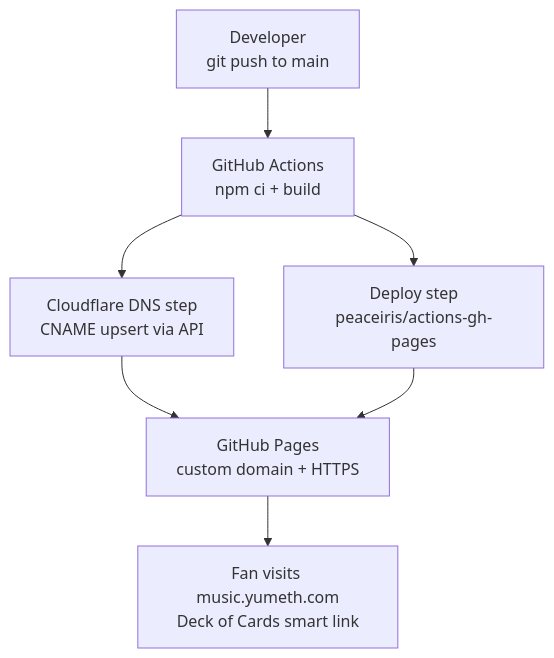
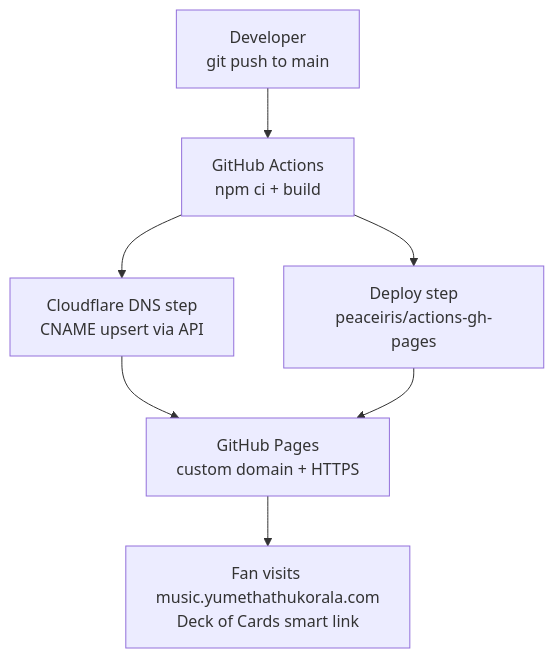
Before and after one commit to venura9/deck-of-cards-gh-pages: the first of 2 diagrams in docs/diagrams/architecture.md, drawn with Mermaid. The commit also changed other lines of this file and 5 other files, not shown here.

First line of the commit message:
fix: update domain to yumethathukorala.com and use built-in GITHUB_TOKEN

````diff
--- a/docs/diagrams/architecture.md
+++ b/docs/diagrams/architecture.md
@@ -4,9 +4,9 @@
 ```mermaid
 flowchart TD
     A[Developer<br/>git push to main] --> B[GitHub Actions<br/>npm ci + build]
     B --> C[Cloudflare DNS step<br/>CNAME upsert via API]
     B --> D[Deploy step<br/>peaceiris/actions-gh-pages]
     C --> E[GitHub Pages<br/>custom domain + HTTPS]
     D --> E
-    E --> F[Fan visits music.yumeth.com<br/>Deck of Cards smart link]
+    E --> F[Fan visits music.yumethathukorala.com<br/>Deck of Cards smart link]
 ```
````
